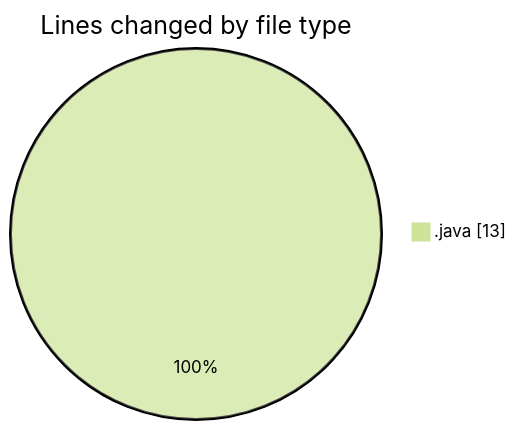
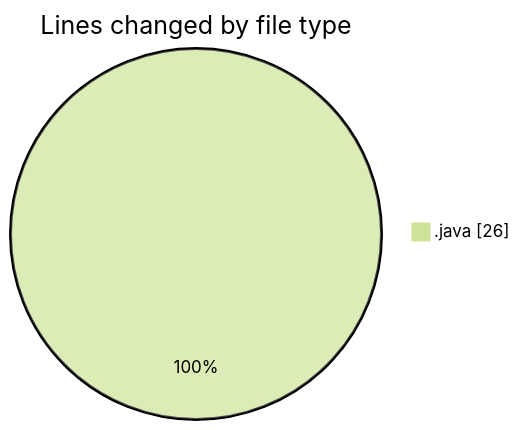
Before and after one commit to NitaiMahat/code-tracking: the first of 2 diagrams in 2025-02-12/coding_prac_4/README.md, drawn with Mermaid (forest theme). The commit also changed other lines of this file and 1 other file, not shown here.

````diff
--- a/2025-02-12/coding_prac_4/README.md
+++ b/2025-02-12/coding_prac_4/README.md
@@ -20,5 +20,5 @@
 ```mermaid
 pie showData
 title Lines changed by file type
-".java" : 13
+".java" : 26
 ```
````
